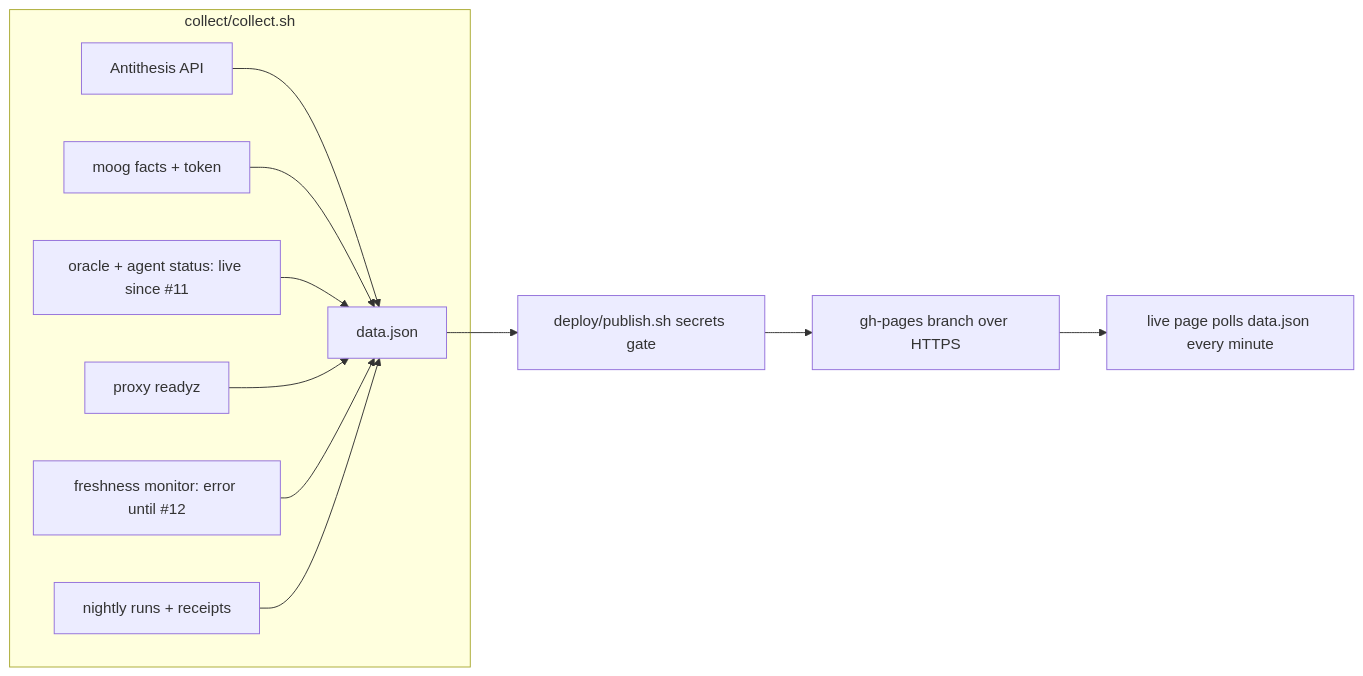
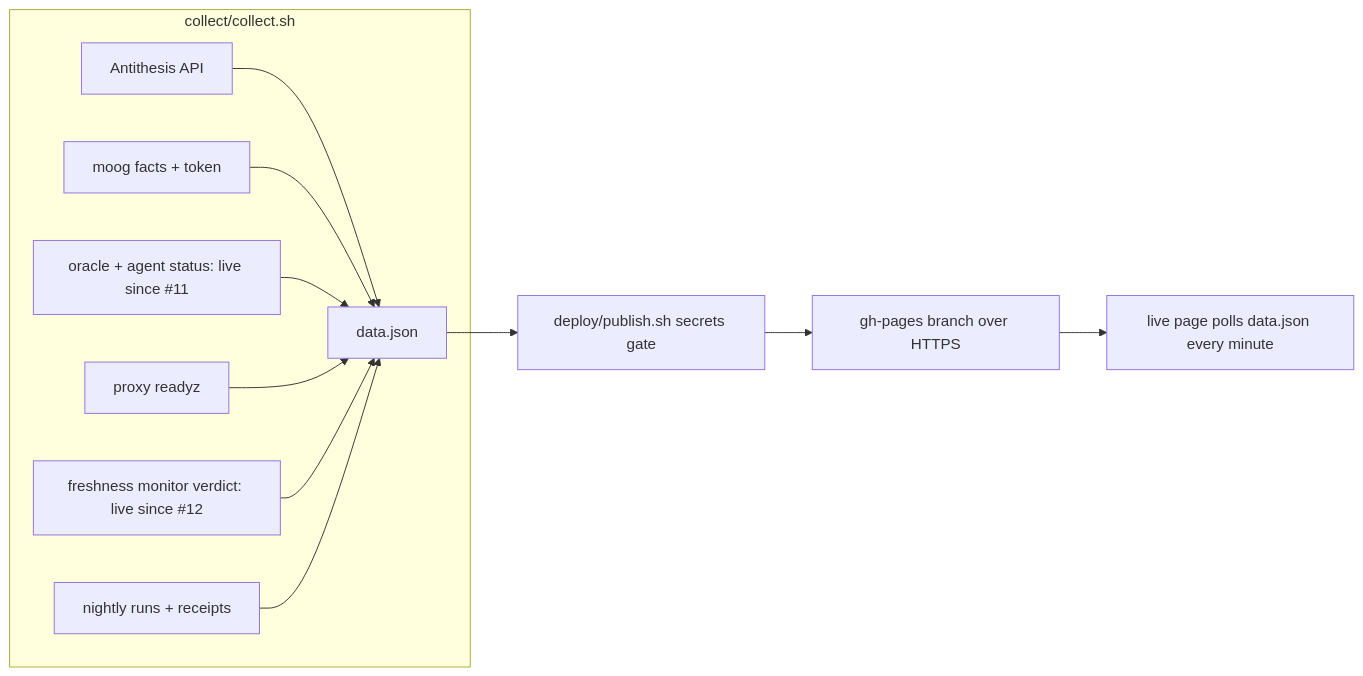
Before and after one commit to lambdasistemi/moog-antithesis-dashboard: the diagram in README.md, drawn with Mermaid. The commit also changed other lines of this file and 6 other files, not shown here.

Commit message:
feat: the freshness monitor pushes its verdict through a GitHub issue

````diff
--- a/README.md
+++ b/README.md
@@ -29,14 +29,14 @@
 ```mermaid
 flowchart LR
     subgraph collect [collect/collect.sh]
         A[Antithesis API] --> J[data.json]
         B[moog facts + token] --> J
         C[oracle + agent status: live since #11] --> J
         D[proxy readyz] --> J
-        E[freshness monitor: error until #12] --> J
+        E[freshness monitor verdict: live since #12] --> J
         F[nightly runs + receipts] --> J
     end
     J --> K[deploy/publish.sh secrets gate]
     K --> L[gh-pages branch over HTTPS]
     L --> M[live page polls data.json every minute]
 ```
````
